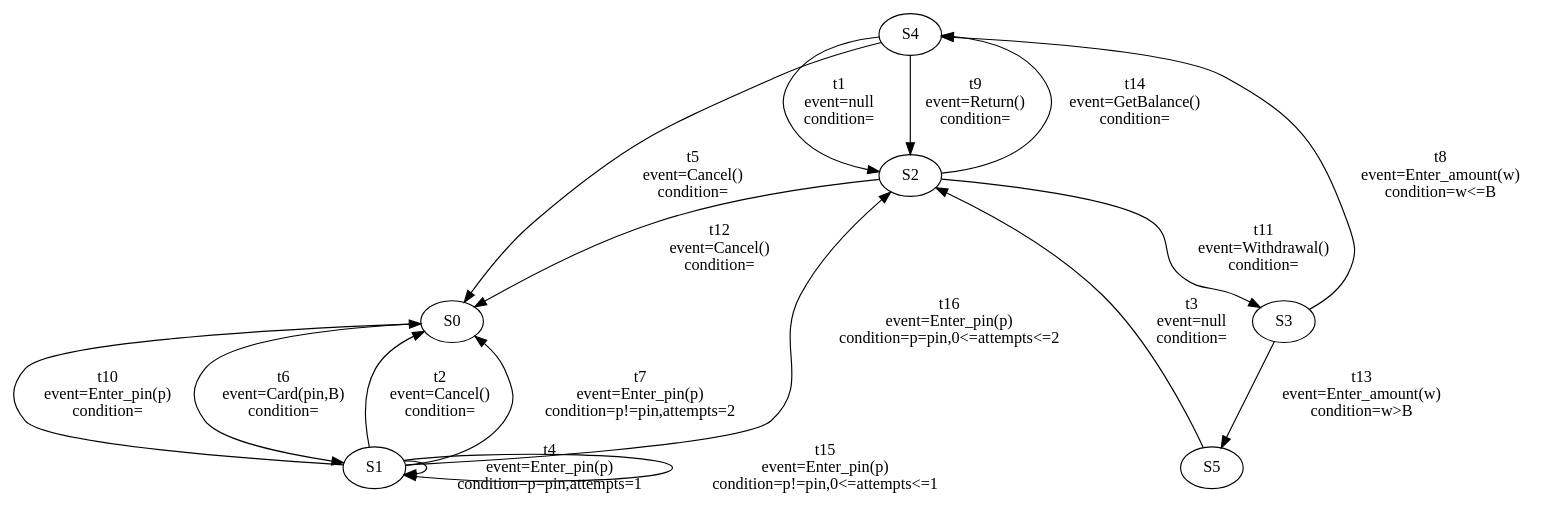
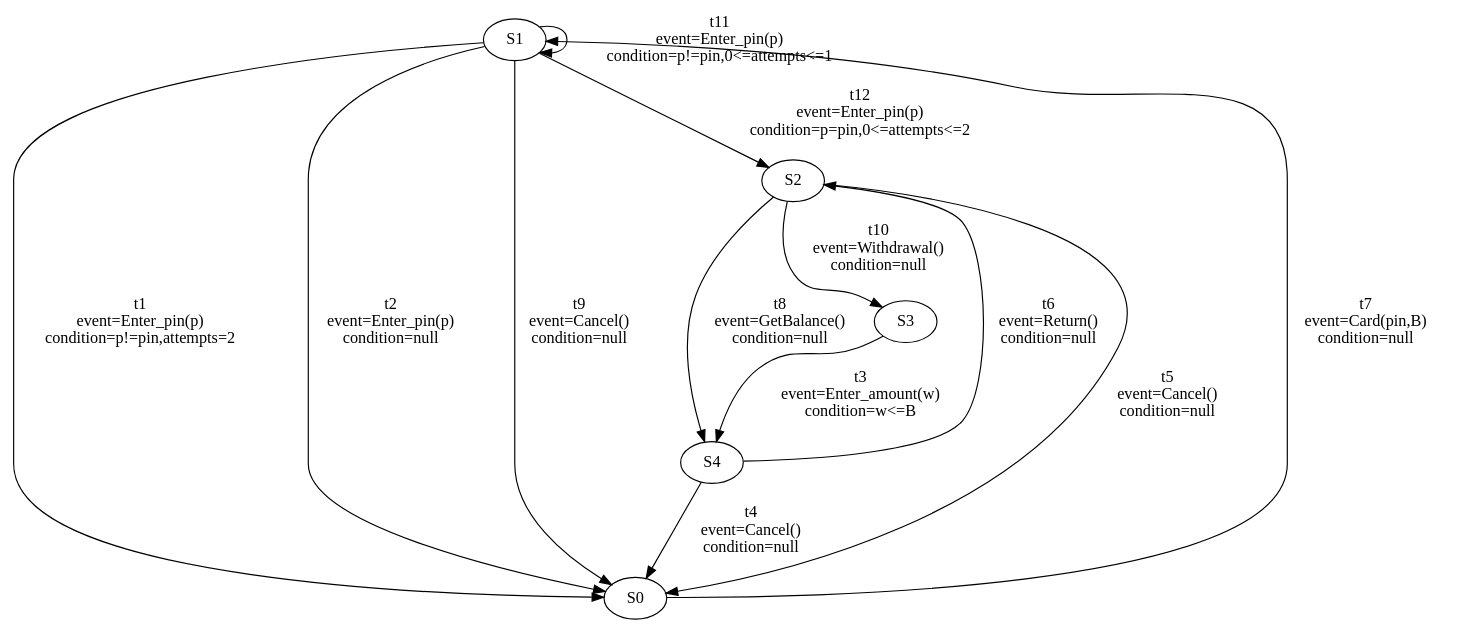
The diagram in server/file/result1.dot (Catxiaobai/project), drawn with Graphviz before and after one commit. The commit also changed 7795 other files, not shown here.

```diff
--- a/server/file/result1.dot
+++ b/server/file/result1.dot
@@ -1,50 +1,38 @@
 digraph g {
- S4 -> S2 [ label="t1
-event=null
-condition=" ];
- S1 -> S0 [ label="t2
-event=Cancel()
-condition=" ];
- S5 -> S2 [ label="t3
-event=null
-condition=" ];
- S1 -> S1 [ label="t4
-event=Enter_pin(p)
-condition=p=pin,attempts=1" ];
- S4 -> S0 [ label="t5
-event=Cancel()
-condition=" ];
- S0 -> S1 [ label="t6
-event=Card(pin,B)
-condition=" ];
- S1 -> S0 [ label="t7
+ S1 -> S0 [ label="t1
 event=Enter_pin(p)
 condition=p!=pin,attempts=2" ];
- S3 -> S4 [ label="t8
+ S1 -> S0 [ label="t2
+event=Enter_pin(p)
+condition=null" ];
+ S3 -> S4 [ label="t3
 event=Enter_amount(w)
 condition=w<=B" ];
- S4 -> S2 [ label="t9
+ S4 -> S0 [ label="t4
+event=Cancel()
+condition=null" ];
+ S2 -> S0 [ label="t5
+event=Cancel()
+condition=null" ];
+ S4 -> S2 [ label="t6
 event=Return()
-condition=" ];
- S1 -> S0 [ label="t10
-event=Enter_pin(p)
-condition=" ];
- S2 -> S3 [ label="t11
+condition=null" ];
+ S0 -> S1 [ label="t7
+event=Card(pin,B)
+condition=null" ];
+ S2 -> S4 [ label="t8
+event=GetBalance()
+condition=null" ];
+ S1 -> S0 [ label="t9
+event=Cancel()
+condition=null" ];
+ S2 -> S3 [ label="t10
 event=Withdrawal()
-condition=" ];
- S2 -> S0 [ label="t12
-event=Cancel()
-condition=" ];
- S3 -> S5 [ label="t13
-event=Enter_amount(w)
-condition=w>B" ];
- S2 -> S4 [ label="t14
-event=GetBalance()
-condition=" ];
- S1 -> S1 [ label="t15
+condition=null" ];
+ S1 -> S1 [ label="t11
 event=Enter_pin(p)
 condition=p!=pin,0<=attempts<=1" ];
- S1 -> S2 [ label="t16
+ S1 -> S2 [ label="t12
 event=Enter_pin(p)
 condition=p=pin,0<=attempts<=2" ];
 }
```
